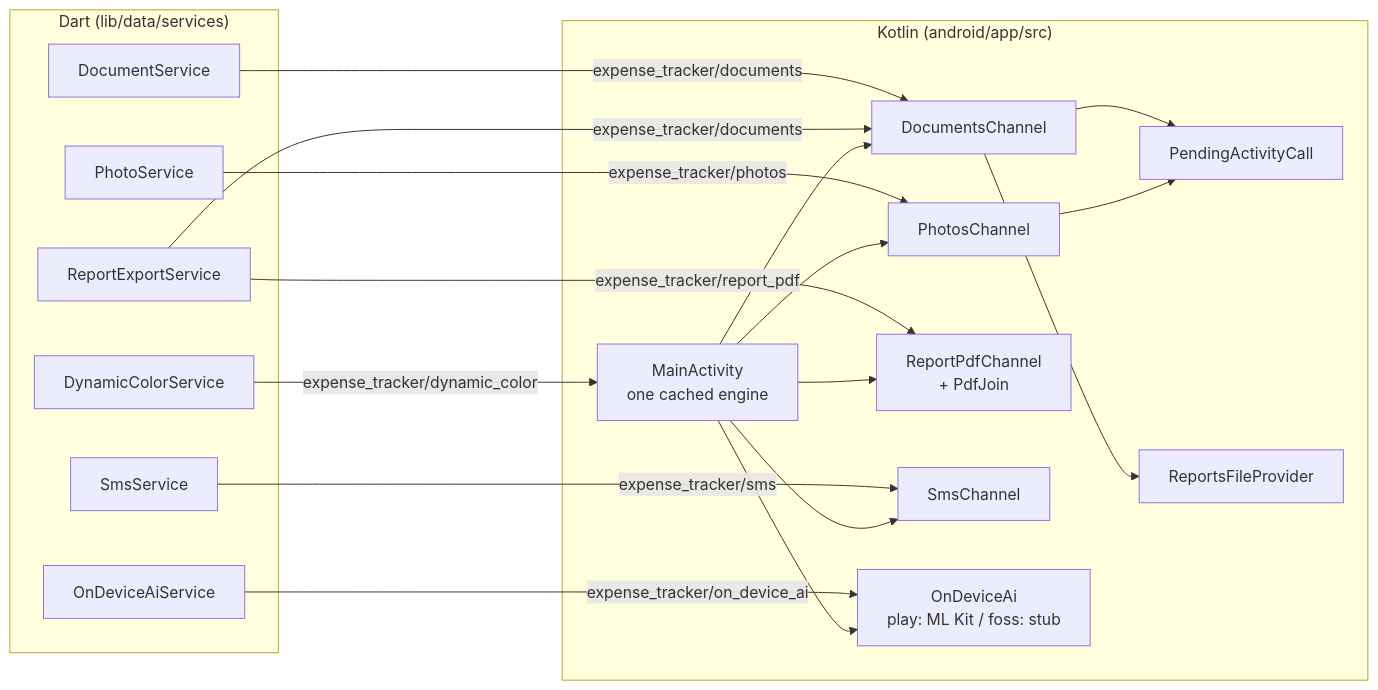
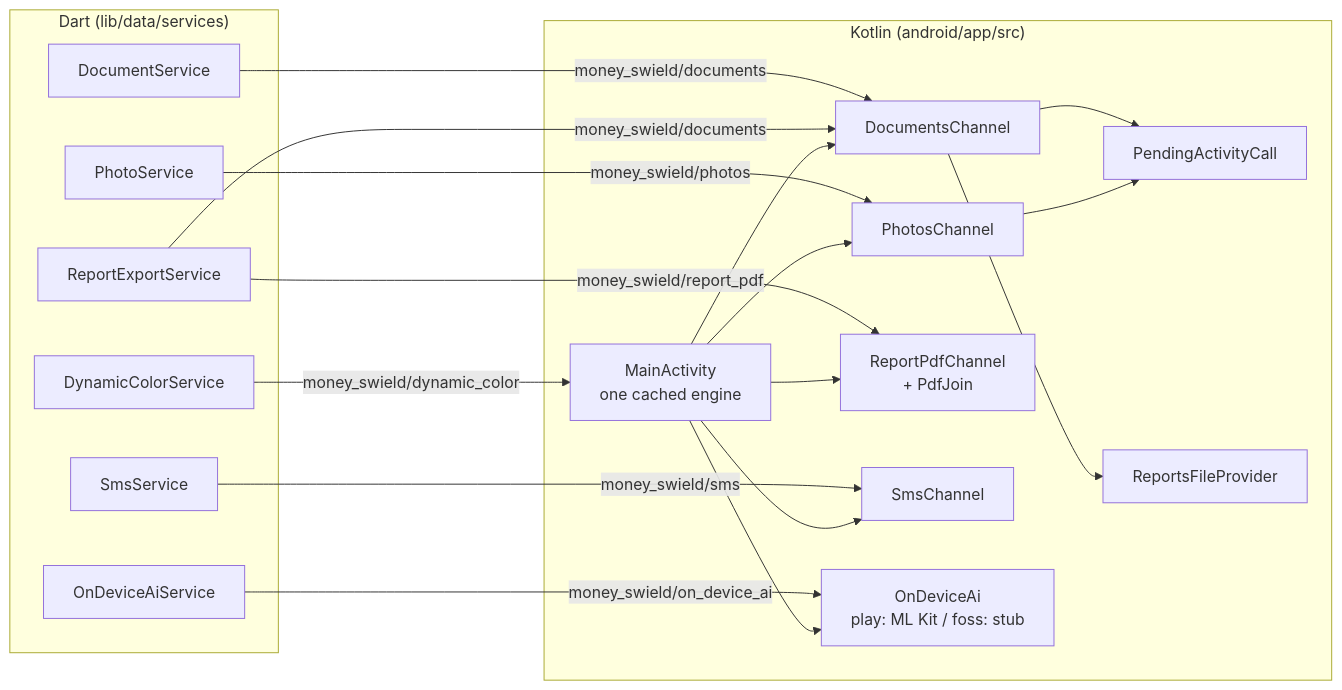
The second of 2 diagrams in AGENTS.md (skj-skj/Money-Swield), drawn with Mermaid before and after one commit. The commit also changed other lines of this file and 208 other files, not shown here.

Commit message:
chore: rename app to money swield and updated the debug build

````diff
--- a/AGENTS.md
+++ b/AGENTS.md
@@ -208,32 +233,32 @@
 ```mermaid
 flowchart LR
     subgraph Dart["Dart (lib/data/services)"]
         DS[DocumentService]
         PS[PhotoService]
         RE[ReportExportService]
         SS[SmsService]
         AI[OnDeviceAiService]
         DC[DynamicColorService]
     end
     subgraph Kotlin["Kotlin (android/app/src)"]
         MA["MainActivity<br/>one cached engine"]
         DOC[DocumentsChannel]
         PH[PhotosChannel]
         PDF["ReportPdfChannel<br/>+ PdfJoin"]
         SMS[SmsChannel]
         ODA["OnDeviceAi<br/>play: ML Kit / foss: stub"]
         PAC[PendingActivityCall]
         FP[ReportsFileProvider]
     end
-    DS -- expense_tracker/documents --> DOC
-    PS -- expense_tracker/photos --> PH
-    RE -- expense_tracker/report_pdf --> PDF
-    RE -- expense_tracker/documents --> DOC
-    SS -- expense_tracker/sms --> SMS
-    AI -- expense_tracker/on_device_ai --> ODA
-    DC -- expense_tracker/dynamic_color --> MA
+    DS -- money_swield/documents --> DOC
+    PS -- money_swield/photos --> PH
+    RE -- money_swield/report_pdf --> PDF
+    RE -- money_swield/documents --> DOC
+    SS -- money_swield/sms --> SMS
+    AI -- money_swield/on_device_ai --> ODA
+    DC -- money_swield/dynamic_color --> MA
     MA --> DOC & PH & PDF & SMS & ODA
     DOC --> PAC
     PH --> PAC
     DOC --> FP
 ```
````
